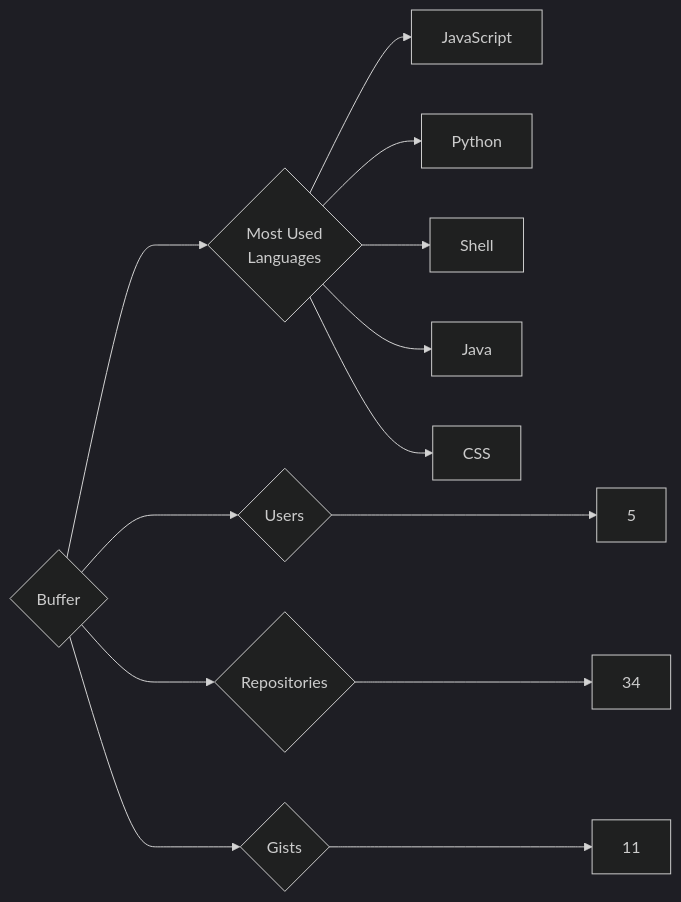
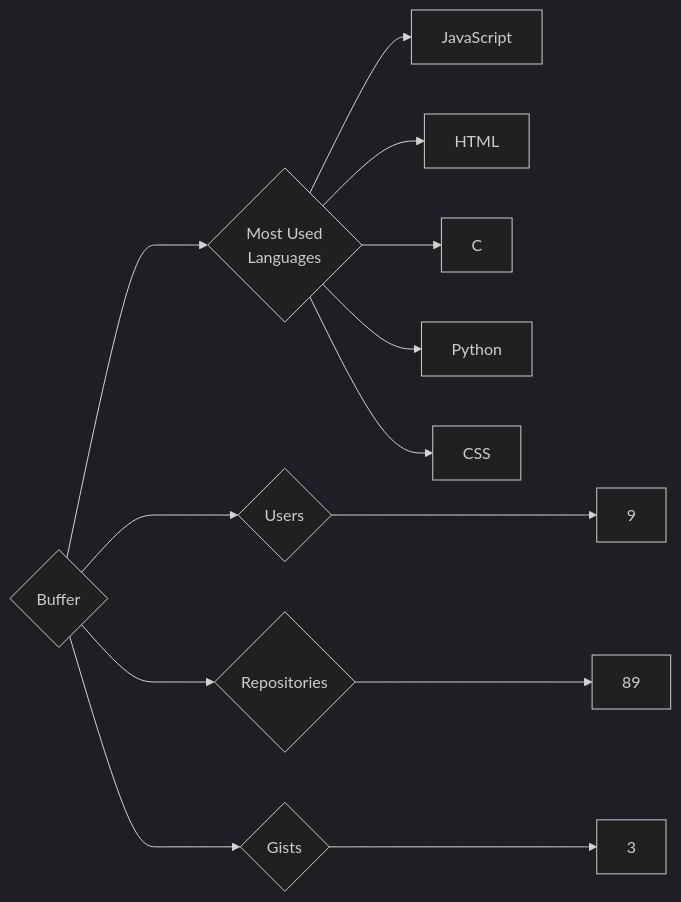
The diagram in targets/Buffer/README.md (trickest/insiders), drawn with Mermaid (dark theme) before and after one commit. The commit also changed 721 other files, not shown here.

````diff
--- a/targets/Buffer/README.md
+++ b/targets/Buffer/README.md
@@ -3,13 +3,13 @@
 ```mermaid
 graph LR
 COMPANY_NAME{Buffer}
-COMPANY_NAME ---> U{Users} ---> UN[5]
-COMPANY_NAME ---> R{Repositories} ---> RN[34]
-COMPANY_NAME ---> G{Gists} ---> GN[11]
+COMPANY_NAME ---> U{Users} ---> UN[9]
+COMPANY_NAME ---> R{Repositories} ---> RN[89]
+COMPANY_NAME ---> G{Gists} ---> GN[3]
 COMPANY_NAME ---> ML{Most Used<br>Languages}
 ML --> JavaScript[JavaScript]
+ML --> HTML[HTML]
+ML --> C[C]
 ML --> Python[Python]
-ML --> Shell[Shell]
-ML --> Java[Java]
 ML --> CSS[CSS]
 ```
````
